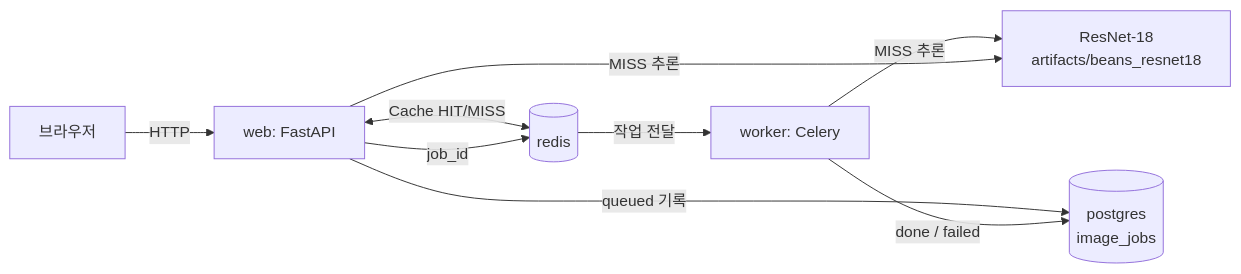
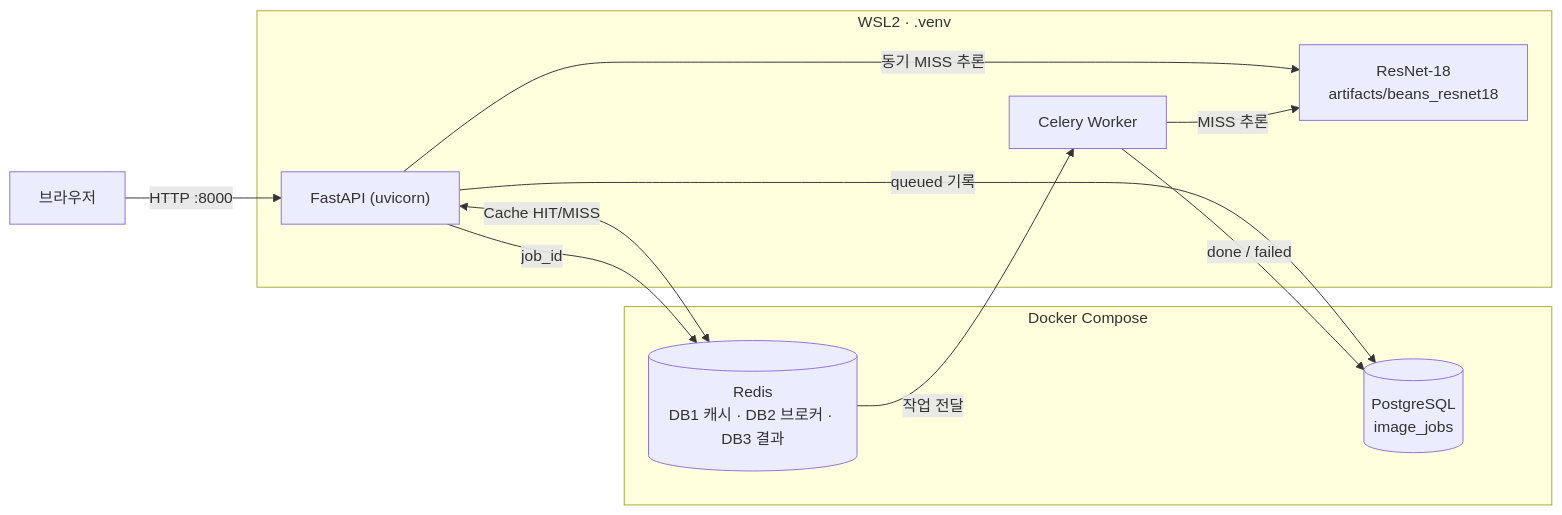
One commit to wlgptjd333/kh-subject9-eval-beans changed the diagram in README.md. Above: the diagram before and after it, drawn with Mermaid. The commit also changed other lines of this file and 45 other files, not shown here.

First line of the commit message:
refactor: 평가 가이드 구조(.venv FastAPI·Celery + Docker Redis·PostgreSQL)로 전면 재측정

````diff
--- a/README.md
+++ b/README.md
@@ -19,11 +18,20 @@
 ```mermaid
 flowchart LR
-    B["브라우저"] -->|HTTP| W["web: FastAPI"]
-    W <-->|Cache HIT/MISS| R[("redis")]
-    W -->|queued 기록| P[("postgres<br/>image_jobs")]
-    W -->|job_id| R
-    R -->|작업 전달| K["worker: Celery"]
-    K -->|MISS 추론| M["ResNet-18<br/>artifacts/beans_resnet18"]
+    B["브라우저"] -->|HTTP :8000| F
+    subgraph HOST["WSL2 · .venv"]
+      F["FastAPI (uvicorn)"]
+      W["Celery Worker"]
+      M["ResNet-18<br/>artifacts/beans_resnet18"]
+    end
+    subgraph D["Docker Compose"]
+      R[("Redis<br/>DB1 캐시 · DB2 브로커 · DB3 결과")]
+      P[("PostgreSQL<br/>image_jobs")]
+    end
+    F <-->|Cache HIT/MISS| R
+    F -->|동기 MISS 추론| M
+    F -->|queued 기록| P
+    F -->|job_id| R
+    R -->|작업 전달| W
     W -->|MISS 추론| M
-    K -->|done / failed| P
+    W -->|done / failed| P
 ```
````
